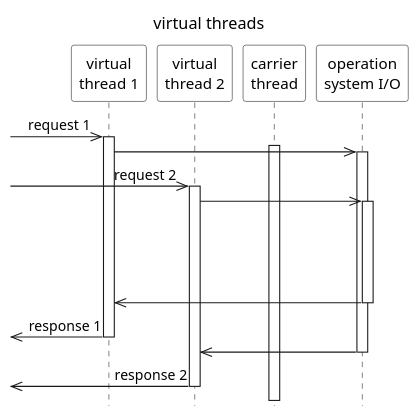
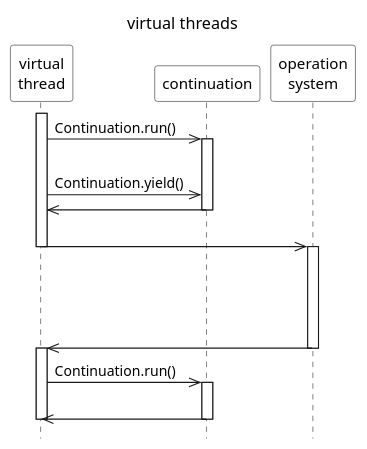
Before and after one commit to ti-cortex-m4/demo-java-virtual-threads2: the diagram in images/virtual_threads_sequence_diagram.puml, drawn with PlantUML.

```diff
--- a/images/virtual_threads_sequence_diagram.puml
+++ b/images/virtual_threads_sequence_diagram.puml
@@ -1,47 +1,48 @@
 @startuml
 
 title virtual threads
 
 scale 1.0
 hide footbox
-!pragma teoz true
+'!pragma teoz true
 
 skinparam monochrome true
 skinparam defaultFontName Source Sans Pro
 skinparam titleFontSize 15
 skinparam titleFontStyle normal
 skinparam sequenceMessageAlign left
 skinparam participantBackgroundColor #white
 skinparam noteBackgroundColor #white
 skinparam sequenceGroupBackgroundColor #white
 
-participant "virtual\nthread 1" as VirtualThread1
-participant "virtual\nthread 2" as VirtualThread2
-participant "carrier\nthread" as CarrierThread
-participant "operation\nsystem I/O" as Service
+participant "virtual\nthread" as VirtualThread1
+participant "continuation" as CarrierThread
+participant "operation\nsystem" as Service
 
-->> VirtualThread1: request 1
 activate VirtualThread1
+VirtualThread1->>CarrierThread : Continuation.run()
 activate CarrierThread
+||20||
+VirtualThread1->>CarrierThread : Continuation.yield()
+CarrierThread->>VirtualThread1
+deactivate CarrierThread
+
+||20||
 VirtualThread1->>Service
-activate Service
-
-->> VirtualThread2: request 2
-activate VirtualThread2
-VirtualThread2->>Service
+deactivate VirtualThread1
 activate Service
 
 ||80||
 
 Service->>VirtualThread1
 deactivate Service
-<<- VirtualThread1: response 1
+activate VirtualThread1
+
+VirtualThread1->>CarrierThread : Continuation.run()
+activate CarrierThread
+||20||
+CarrierThread->>VirtualThread1
+deactivate CarrierThread
 deactivate VirtualThread1
 
-Service->>VirtualThread2
-deactivate Service
-<<- VirtualThread2: response 2
-deactivate CarrierThread
-deactivate VirtualThread2
-
 @enduml
```
